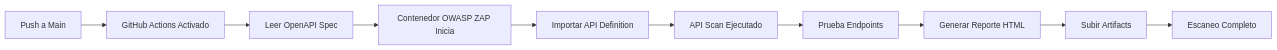
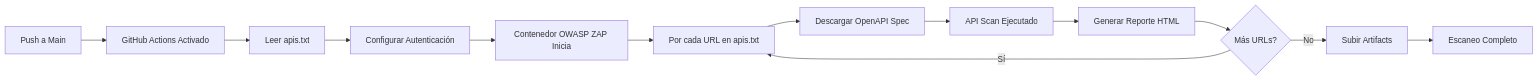
Before and after one commit to jhneira-sol/zap-api-dast: the diagram in README.md, drawn with Mermaid. The commit also changed other lines of this file, not shown here.

````diff
--- a/README.md
+++ b/README.md
@@ -66,12 +67,15 @@
 ```mermaid
 graph LR
     A[Push a Main] --> B[GitHub Actions Activado]
-    B --> C[Leer OpenAPI Spec]
-    C --> D[Contenedor OWASP ZAP Inicia]
-    D --> E[Importar API Definition]
-    E --> F[API Scan Ejecutado]
-    F --> G[Prueba Endpoints]
-    G --> H[Generar Reporte HTML]
-    H --> I[Subir Artifacts]
-    I --> J[Escaneo Completo]
+    B --> C[Leer apis.txt]
+    C --> D[Configurar Autenticación]
+    D --> E[Contenedor OWASP ZAP Inicia]
+    E --> F[Por cada URL en apis.txt]
+    F --> G[Descargar OpenAPI Spec]
+    G --> H[API Scan Ejecutado]
+    H --> I[Generar Reporte HTML]
+    I --> J{Más URLs?}
+    J -->|Sí| F
+    J -->|No| K[Subir Artifacts]
+    K --> L[Escaneo Completo]
 ```
````
